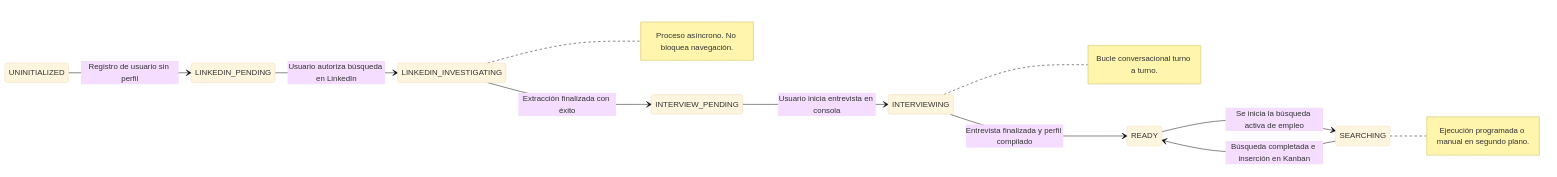
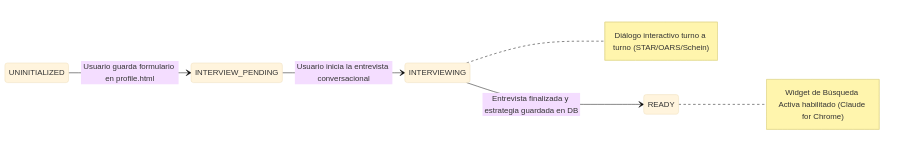
One commit to pachocamacho1990/personal-job-board changed the first of 2 diagrams in docs/AGENT_PRD_TECH_SPEC.md. Above: the diagram before and after it, drawn with Mermaid (base theme). The commit also changed other lines of this file and 13 other files, not shown here.

Commit message:
feat(agent): implement active career strategy interview and search prompt widget with playwright E2E validation

````diff
--- a/docs/AGENT_PRD_TECH_SPEC.md
+++ b/docs/AGENT_PRD_TECH_SPEC.md
@@ -64,15 +64,10 @@
 ```mermaid
 stateDiagram-v2
     direction LR
-    UNINITIALIZED --> LINKEDIN_PENDING: Registro de usuario sin perfil
-    LINKEDIN_PENDING --> LINKEDIN_INVESTIGATING: Usuario autoriza búsqueda en LinkedIn
-    LINKEDIN_INVESTIGATING --> INTERVIEW_PENDING: Extracción finalizada con éxito
-    INTERVIEW_PENDING --> INTERVIEWING: Usuario inicia entrevista en consola
-    INTERVIEWING --> READY: Entrevista finalizada y perfil compilado
-    READY --> SEARCHING: Se inicia la búsqueda activa de empleo
-    SEARCHING --> READY: Búsqueda completada e inserción en Kanban
+    UNINITIALIZED --> INTERVIEW_PENDING: Usuario guarda formulario en profile.html
+    INTERVIEW_PENDING --> INTERVIEWING: Usuario inicia la entrevista conversacional
+    INTERVIEWING --> READY: Entrevista finalizada y estrategia guardada en DB
     
-    note right of LINKEDIN_INVESTIGATING: Proceso asíncrono. No bloquea navegación.
-    note right of INTERVIEWING: Bucle conversacional turno a turno.
-    note right of SEARCHING: Ejecución programada o manual en segundo plano.
+    note right of INTERVIEWING: Diálogo interactivo turno a turno (STAR/OARS/Schein)
+    note right of READY: Widget de Búsqueda Activa habilitado (Claude for Chrome)
 ```
````
